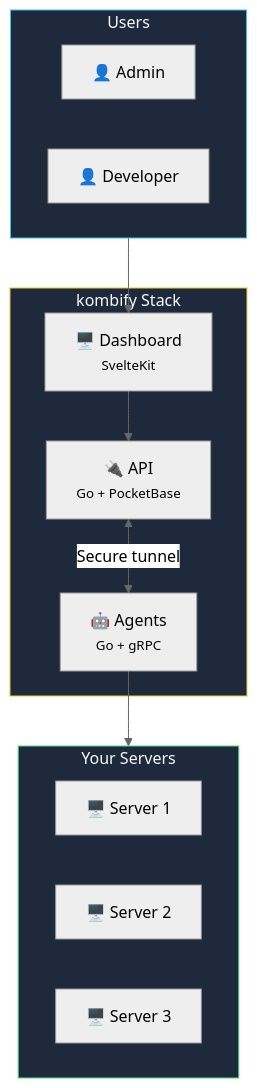
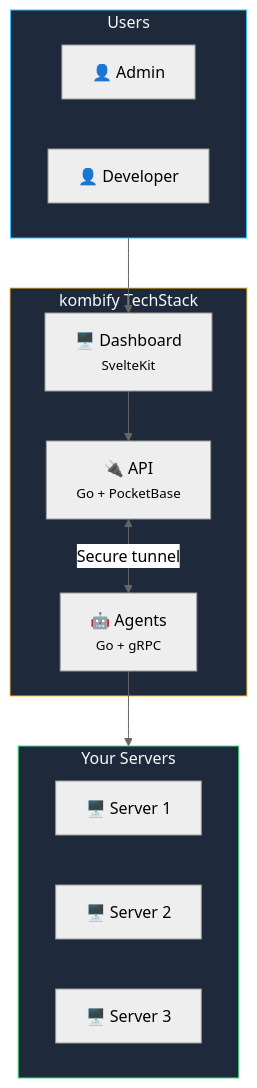
The third of 5 diagrams in stack/overview.mdx (KombiverseLabs/docs), drawn with Mermaid (neutral theme) before and after one commit. The commit also changed other lines of this file and 57 other files, not shown here.

````diff
--- a/stack/overview.mdx
+++ b/stack/overview.mdx
@@ -165,28 +165,28 @@
 ```mermaid
 graph TB
     subgraph Users["Users"]
         Admin["👤 Admin"]
         Dev["👤 Developer"]
     end
 
-    subgraph Stack["kombify Stack"]
+    subgraph Stack["kombify TechStack"]
         Dashboard["🖥️ Dashboard<br/><small>SvelteKit</small>"]
         API["🔌 API<br/><small>Go + PocketBase</small>"]
         Agents["🤖 Agents<br/><small>Go + gRPC</small>"]
     end
 
     subgraph Nodes["Your Servers"]
         N1["🖥️ Server 1"]
         N2["🖥️ Server 2"]
         N3["🖥️ Server 3"]
     end
 
     Users --> Dashboard
     Dashboard --> API
     API <-->|"Secure tunnel"| Agents
     Agents --> Nodes
 
     style Users fill:#1e293b,stroke:#38bdf8,color:#f8fafc
     style Stack fill:#1e293b,stroke:#fbbf24,color:#f8fafc
     style Nodes fill:#1e293b,stroke:#4ade80,color:#f8fafc
 ```
````
